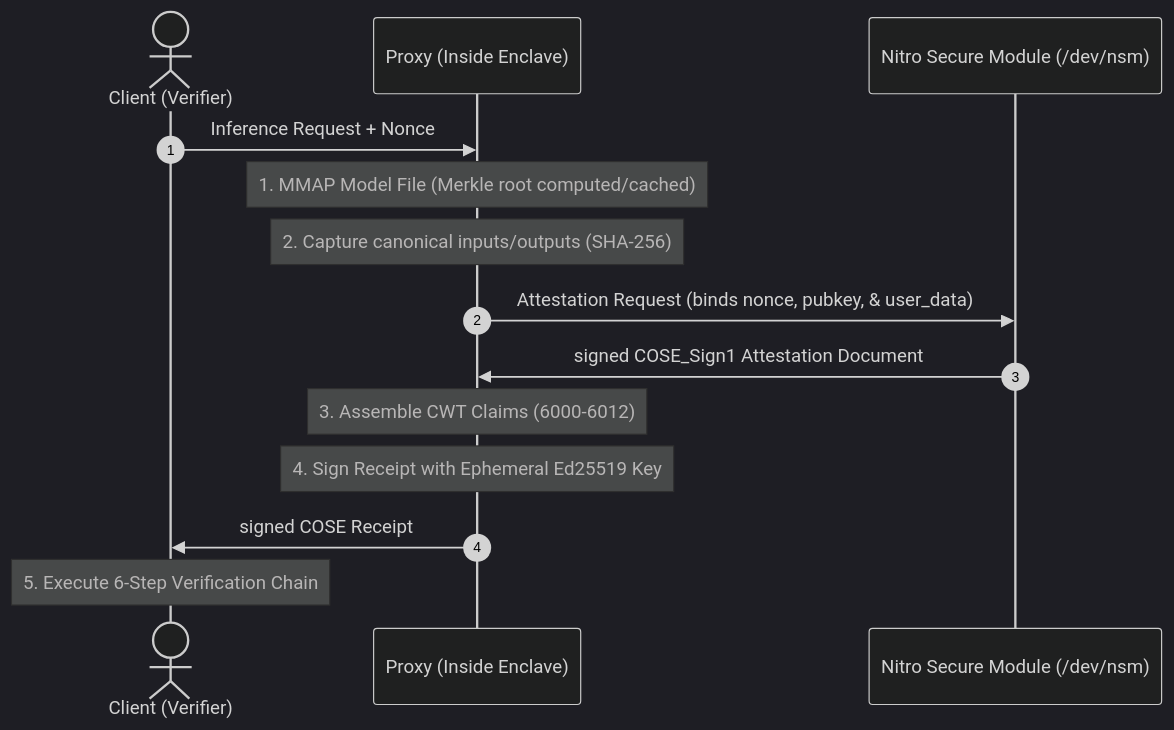
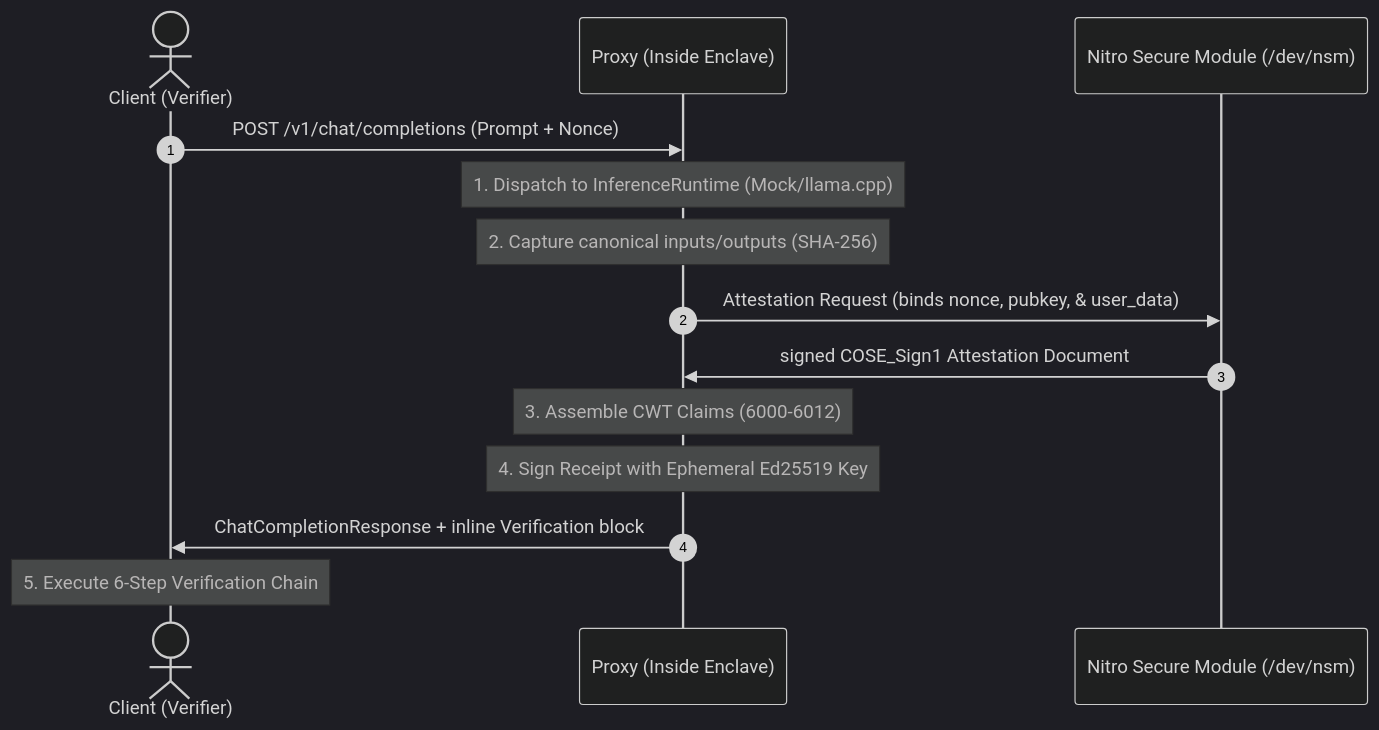
One commit to sssec81/veriai-sdk changed the diagram in README.md. Above: the diagram before and after it, drawn with Mermaid (dark theme). The commit also changed other lines of this file, not shown here.

````diff
--- a/README.md
+++ b/README.md
@@ -15,17 +39,17 @@
 ```mermaid
 sequenceDiagram
     autonumber
     actor Client as Client (Verifier)
     participant Proxy as Proxy (Inside Enclave)
     participant NSM as Nitro Secure Module (/dev/nsm)
 
-    Client->>Proxy: Inference Request + Nonce
-    Note over Proxy: 1. MMAP Model File (Merkle root computed/cached)
+    Client->>Proxy: POST /v1/chat/completions (Prompt + Nonce)
+    Note over Proxy: 1. Dispatch to InferenceRuntime (Mock/llama.cpp)
     Note over Proxy: 2. Capture canonical inputs/outputs (SHA-256)
     Proxy->>NSM: Attestation Request (binds nonce, pubkey, & user_data)
     NSM->>Proxy: signed COSE_Sign1 Attestation Document
     Note over Proxy: 3. Assemble CWT Claims (6000-6012)
     Note over Proxy: 4. Sign Receipt with Ephemeral Ed25519 Key
-    Proxy->>Client: signed COSE Receipt
+    Proxy->>Client: ChatCompletionResponse + inline Verification block
     Note over Client: 5. Execute 6-Step Verification Chain
 ```
````
